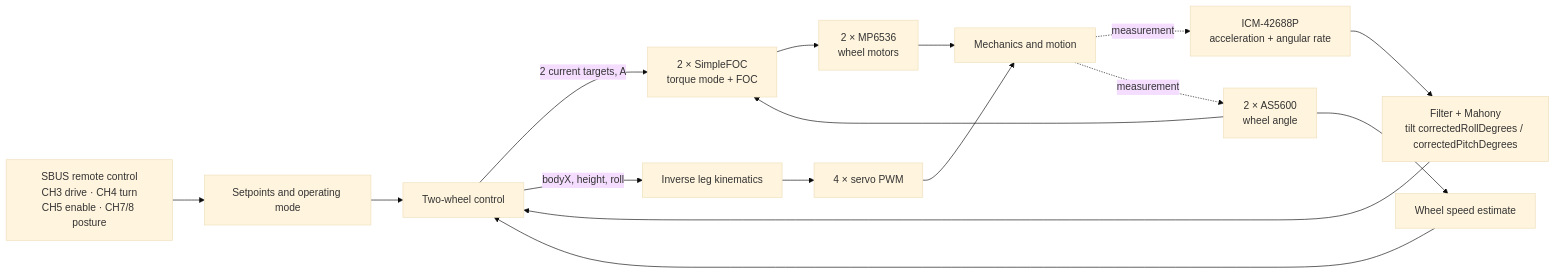
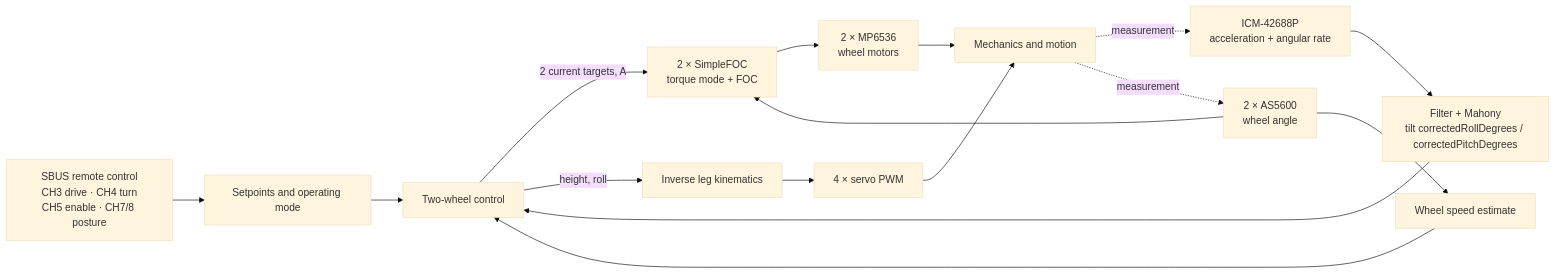
The diagram in docs/robot/software/control-flow.md (nikolasvoss/Navbot-ES02), drawn with Mermaid (base theme) before and after one commit. The commit also changed other lines of this file and 20 other files, not shown here.

````diff
--- a/docs/robot/software/control-flow.md
+++ b/docs/robot/software/control-flow.md
@@ -13,18 +13,18 @@
 ```mermaid
 flowchart LR
     RC[SBUS remote control<br/>CH3 drive · CH4 turn<br/>CH5 enable · CH7/8 posture] --> CMD[Setpoints and operating mode]
     IMU[ICM-42688P<br/>acceleration + angular rate] --> MAH[Filter + Mahony<br/>tilt correctedRollDegrees / correctedPitchDegrees]
     ENC[2 × AS5600<br/>wheel angle] --> VEL[Wheel speed estimate]
     CMD --> CTRL[Two-wheel control]
     MAH --> CTRL
     VEL --> CTRL
     CTRL -->|2 current targets, A| FOC[2 × SimpleFOC<br/>torque mode + FOC]
     ENC --> FOC
     FOC --> DRV[2 × MP6536<br/>wheel motors]
-    CTRL -->|bodyX, height, roll| IK[Inverse leg kinematics]
+    CTRL -->|height, roll| IK[Inverse leg kinematics]
     IK --> SERVO[4 × servo PWM]
     DRV --> ROBOT[Mechanics and motion]
     SERVO --> ROBOT
     ROBOT -. measurement .-> IMU
     ROBOT -. measurement .-> ENC
 ```
````
